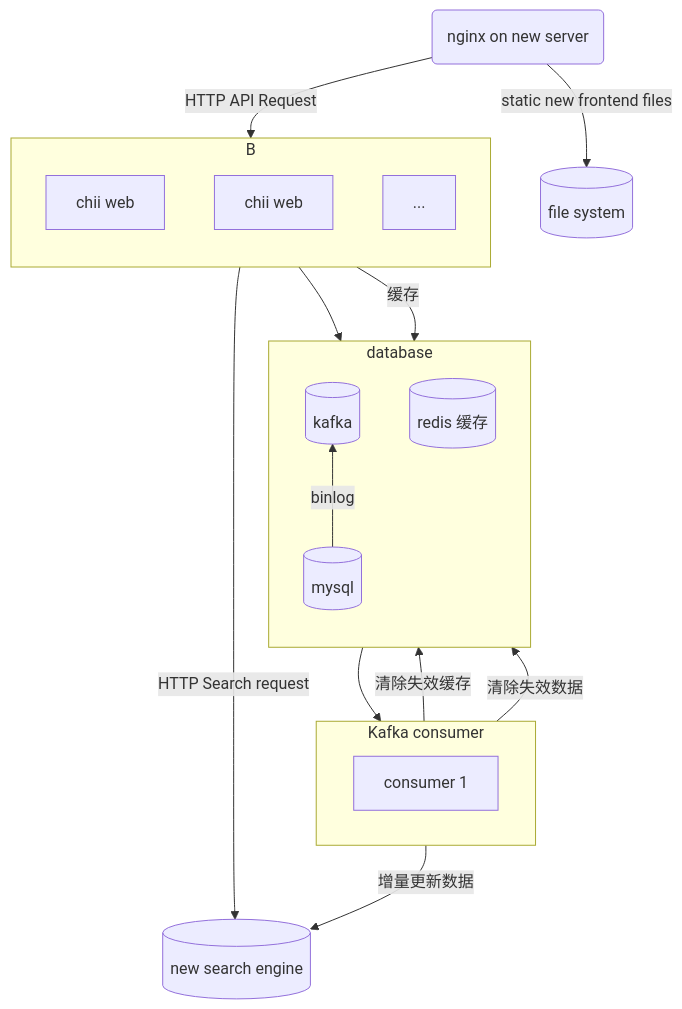
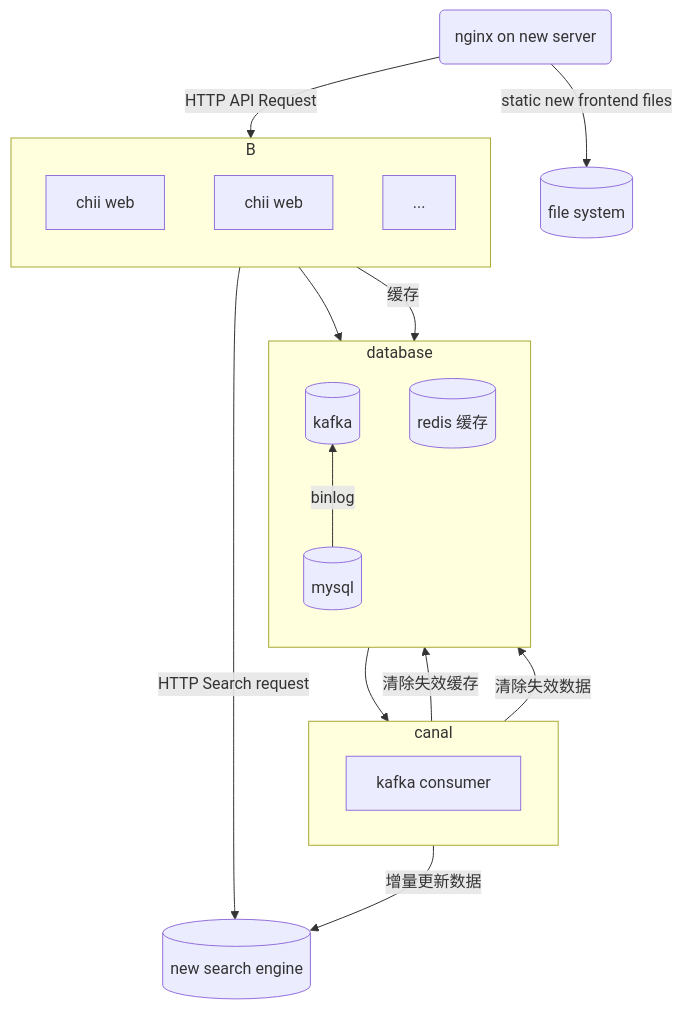
Before and after one commit to bangumi/server: the second of 2 diagrams in readme.md, drawn with Mermaid.

Commit message:
docs: update architecture image

````diff
--- a/readme.md
+++ b/readme.md
@@ -85,39 +85,39 @@
 ```mermaid
 flowchart TD
   Nginx(nginx on new server);
 
   Nginx -->|static new frontend files|FS[(file system)];
 
   Nginx -->|HTTP API Request|B;
   B --> |HTTP Search request|meilisearch;
 
   C --> |增量更新数据|meilisearch;
 
   B --> mysql
   B --> |缓存|redis
   C --> |清除失效缓存|redis
   C --> |清除失效数据|mysql
   kafka --> C;
 
 
   subgraph B
     direction BT
     B1[chii web];
     B2[chii web];
     ...
   end
 
-  subgraph C[Kafka consumer]
-    C1[consumer 1];
+  subgraph C[canal]
+    C1[kafka consumer];
   end
 
   meilisearch[(new search engine)];
 
   subgraph Components[database]
     direction BT
     redis[(redis 缓存)]
     mysql[(mysql)]
     kafka[(kafka)]
     mysql --> |binlog|kafka;
   end
 ```
````
